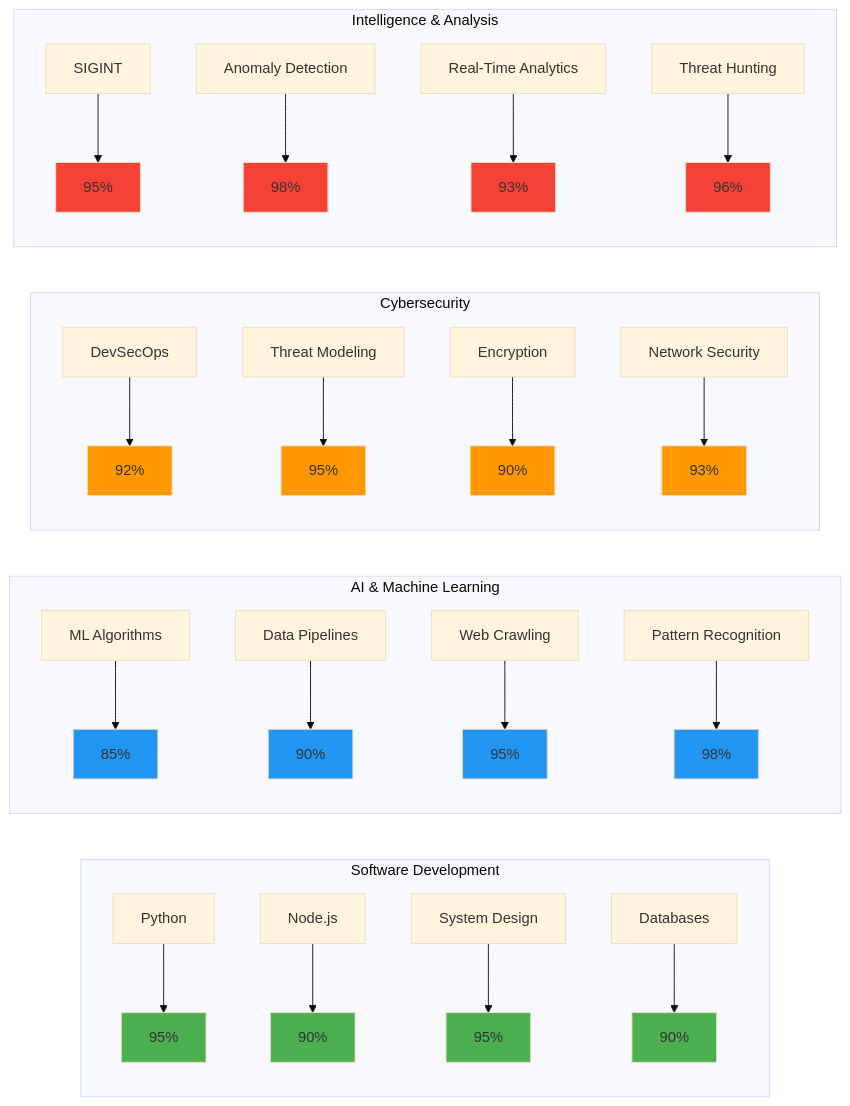
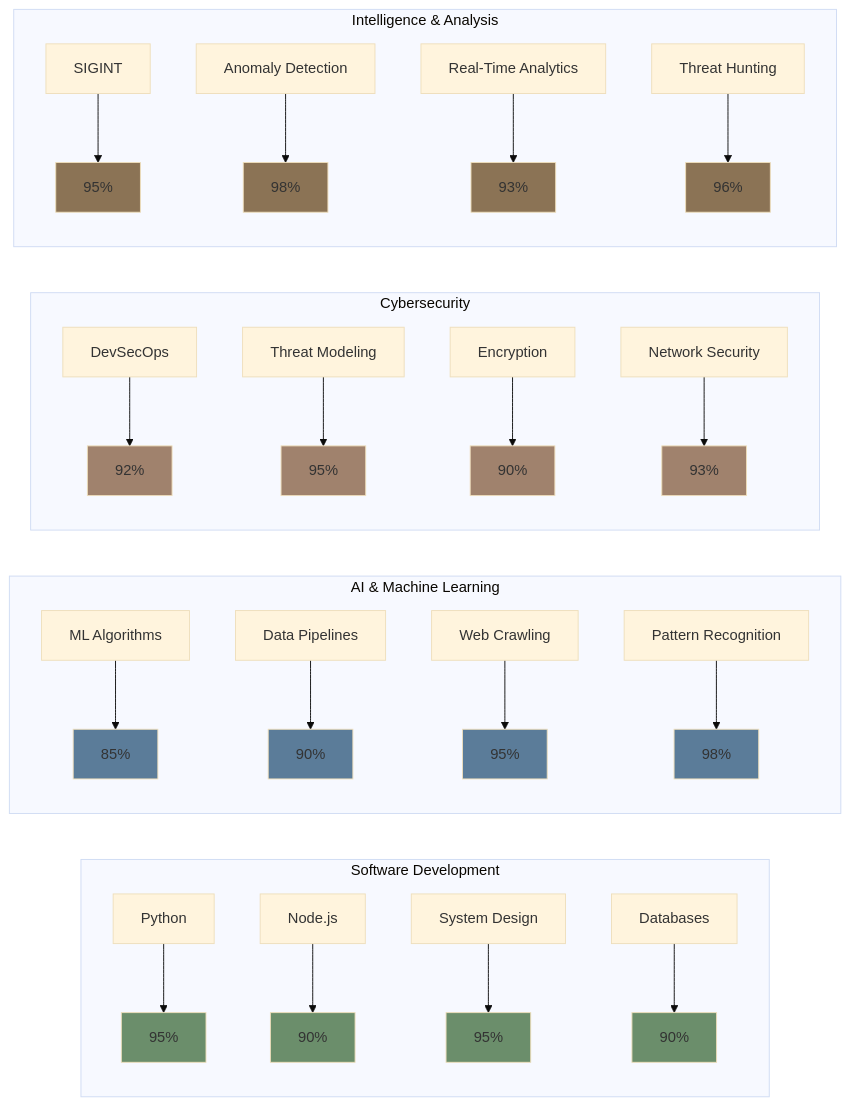
One commit to Tim-Spurlin/RESUME-of-Timothy-Spurlin changed the eighth of 24 diagrams in README.md. Above: the diagram before and after it, drawn with Mermaid. The commit also changed other lines of this file, not shown here.

Commit message:
Replace bright Mermaid diagram colors with muted professional tones

````diff
--- a/README.md
+++ b/README.md
@@ -368,48 +368,48 @@
 ```mermaid
 %%{init: {'theme':'base'}}%%
 graph LR
     subgraph "Software Development"
         A1[Python] --> A2[95%]
         B1[Node.js] --> B2[90%]
         C1[System Design] --> C2[95%]
         D1[Databases] --> D2[90%]
     end
     
     subgraph "AI & Machine Learning"
         E1[ML Algorithms] --> E2[85%]
         F1[Data Pipelines] --> F2[90%]
         G1[Web Crawling] --> G2[95%]
         H1[Pattern Recognition] --> H2[98%]
     end
     
     subgraph "Cybersecurity"
         I1[DevSecOps] --> I2[92%]
         J1[Threat Modeling] --> J2[95%]
         K1[Encryption] --> K2[90%]
         L1[Network Security] --> L2[93%]
     end
     
     subgraph "Intelligence & Analysis"
         M1[SIGINT] --> M2[95%]
         N1[Anomaly Detection] --> N2[98%]
         O1[Real-Time Analytics] --> O2[93%]
         P1[Threat Hunting] --> P2[96%]
     end
     
-    style A2 fill:#4caf50
-    style B2 fill:#4caf50
-    style C2 fill:#4caf50
-    style D2 fill:#4caf50
-    style E2 fill:#2196f3
-    style F2 fill:#2196f3
-    style G2 fill:#2196f3
-    style H2 fill:#2196f3
-    style I2 fill:#ff9800
-    style J2 fill:#ff9800
-    style K2 fill:#ff9800
-    style L2 fill:#ff9800
-    style M2 fill:#f44336
-    style N2 fill:#f44336
-    style O2 fill:#f44336
-    style P2 fill:#f44336
+    style A2 fill:#6B8E6B
+    style B2 fill:#6B8E6B
+    style C2 fill:#6B8E6B
+    style D2 fill:#6B8E6B
+    style E2 fill:#5B7C99
+    style F2 fill:#5B7C99
+    style G2 fill:#5B7C99
+    style H2 fill:#5B7C99
+    style I2 fill:#A0826D
+    style J2 fill:#A0826D
+    style K2 fill:#A0826D
+    style L2 fill:#A0826D
+    style M2 fill:#8B7355
+    style N2 fill:#8B7355
+    style O2 fill:#8B7355
+    style P2 fill:#8B7355
 ```
````
